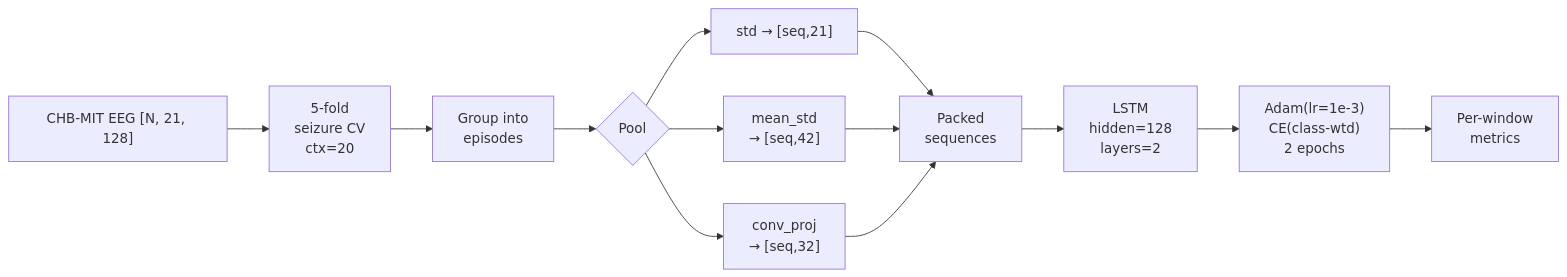
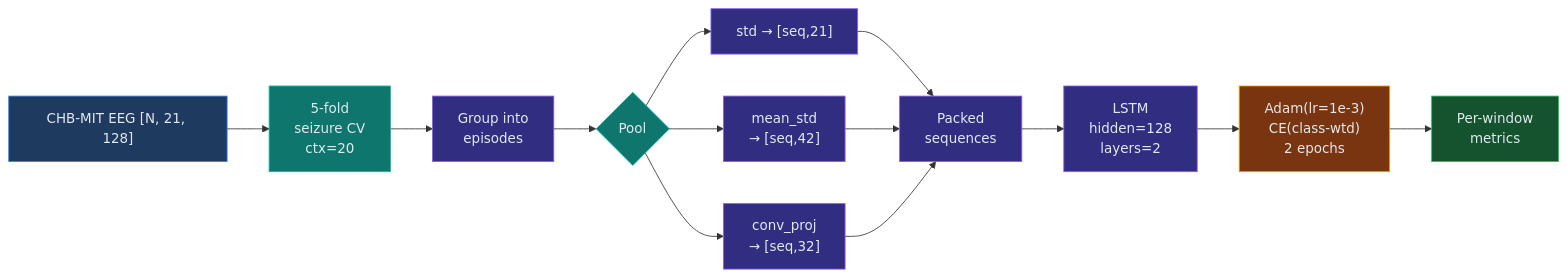
The diagram in mermaid/lstm.mmd (RICSE-donnenfeld/DEEPL-brainshake), drawn with Mermaid before and after one commit. The commit also changed 18 other files, not shown here.

```diff
--- a/mermaid/lstm.mmd
+++ b/mermaid/lstm.mmd
@@ -1,14 +1,26 @@
 %% LSTM pipeline — horizontal
 flowchart LR
     data["CHB-MIT EEG [N, 21, 128]"] --> seizure_kfold["5-fold<br/>seizure CV<br/>ctx=20"]
     seizure_kfold --> episode["Group into<br/>episodes"]
     episode --> pool{"Pool"}
     pool --> std["std → [seq,21]"]
     pool --> mean_std["mean_std<br/>→ [seq,42]"]
     pool --> conv_proj["conv_proj<br/>→ [seq,32]"]
     std --> packed["Packed<br/>sequences"]
     mean_std --> packed
     conv_proj --> packed
     packed --> lstm["LSTM<br/>hidden=128<br/>layers=2"]
     lstm --> train["Adam(lr=1e-3)<br/>CE(class-wtd)<br/>2 epochs"]
     train --> evaluate["Per-window<br/>metrics"]
+
+    style data fill:#1e3a5f,stroke:#3b82f6,color:#e2e8f0
+    style seizure_kfold fill:#0f766e,stroke:#14b8a6,color:#e2e8f0
+    style episode fill:#312e81,stroke:#8b5cf6,color:#e2e8f0
+    style pool fill:#0f766e,stroke:#14b8a6,color:#e2e8f0
+    style std fill:#312e81,stroke:#8b5cf6,color:#e2e8f0
+    style mean_std fill:#312e81,stroke:#8b5cf6,color:#e2e8f0
+    style conv_proj fill:#312e81,stroke:#8b5cf6,color:#e2e8f0
+    style packed fill:#312e81,stroke:#8b5cf6,color:#e2e8f0
+    style lstm fill:#312e81,stroke:#8b5cf6,color:#e2e8f0
+    style train fill:#78350f,stroke:#f59e0b,color:#e2e8f0
+    style evaluate fill:#14532d,stroke:#22c55e,color:#e2e8f0
```
